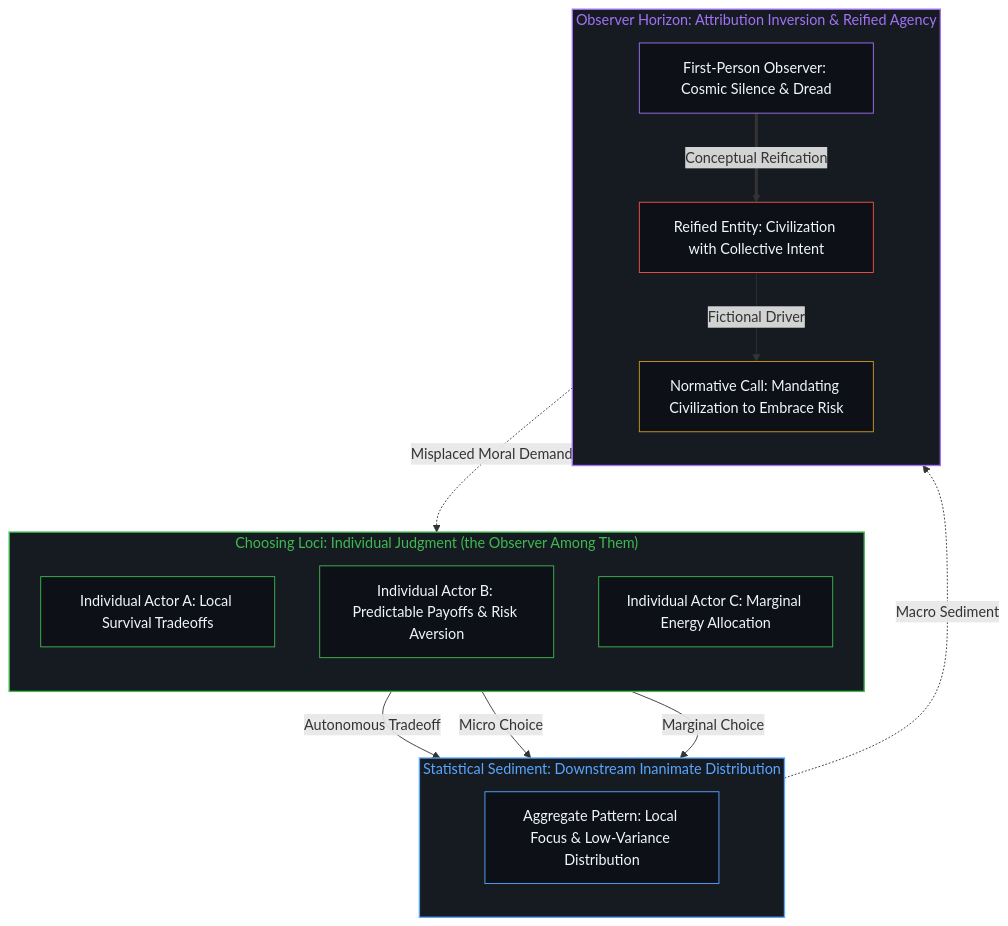
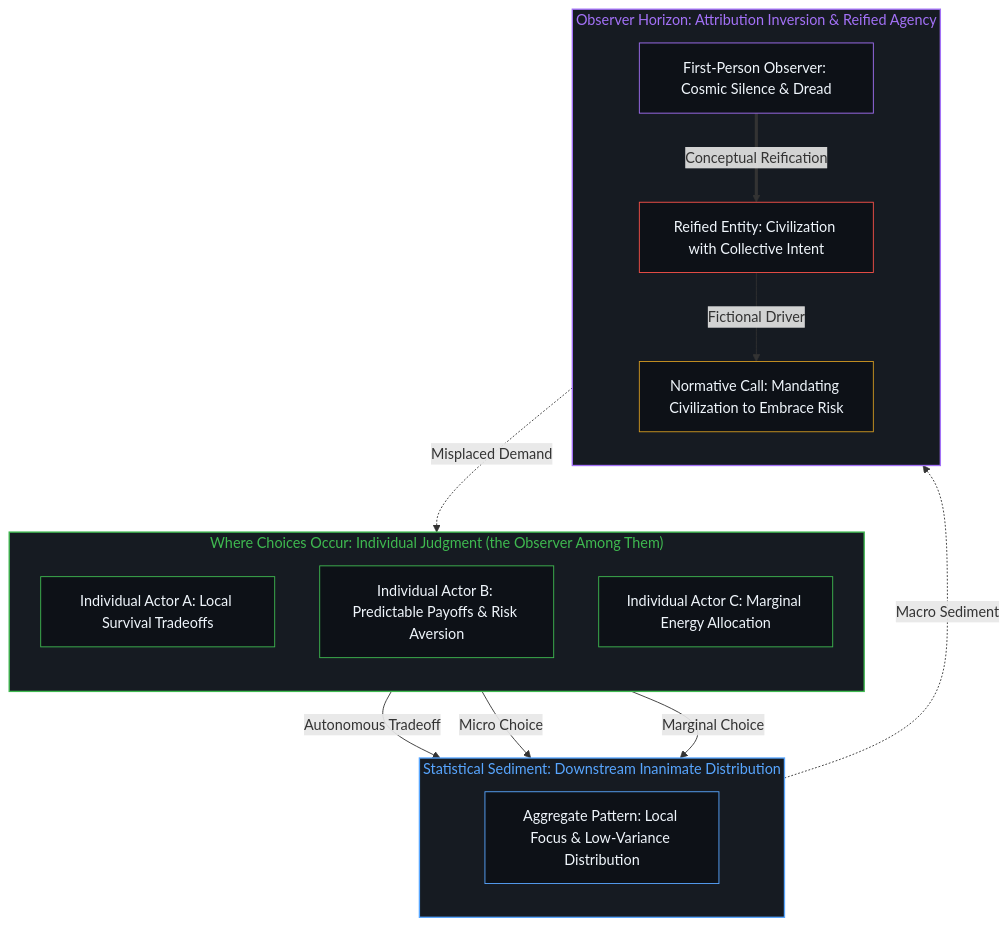
Before and after one commit to powerpig99/not-a-toe: the second of 6 diagrams in content/posts/the-fermi-paradox-reified-agency-and-the-great-filter.md, drawn with Mermaid. The commit also changed other lines of this file and 2 other files, not shown here.

````diff
--- a/content/posts/the-fermi-paradox-reified-agency-and-the-great-filter.md
+++ b/content/posts/the-fermi-paradox-reified-agency-and-the-great-filter.md
@@ -66,42 +60,36 @@
 ```mermaid
 flowchart TD
-    subgraph S_Micro ["Choosing Loci: Individual Judgment (the Observer Among Them)"]
+    subgraph S_Micro ["Where Choices Occur: Individual Judgment (the Observer Among Them)"]
         direction TB
         I1["Individual Actor A: Local Survival Tradeoffs"]
         I2["Individual Actor B: Predictable Payoffs & Risk Aversion"]
         I3["Individual Actor C: Marginal Energy Allocation"]
     end
-
     subgraph S_Macro ["Statistical Sediment: Downstream Inanimate Distribution"]
         direction TB
         AD["Aggregate Pattern: Local Focus & Low-Variance Distribution"]
     end
-
     subgraph S_Observer ["Observer Horizon: Attribution Inversion & Reified Agency"]
         direction TB
         OBS["First-Person Observer: Cosmic Silence & Dread"]
         GHOST["Reified Entity: Civilization with Collective Intent"]
         REQ["Normative Call: Mandating Civilization to Embrace Risk"]
     end
-
     I1 -->|"Autonomous Tradeoff"| AD
     I2 -->|"Micro Choice"| AD
     I3 -->|"Marginal Choice"| AD
-
     AD -.->|"Macro Sediment"| OBS
     OBS ==>|"Conceptual Reification"| GHOST
     GHOST -->|"Fictional Driver"| REQ
-    REQ -.->|"Misplaced Moral Demand"| S_Micro
-
+    REQ -.->|"Misplaced Demand"| S_Micro
     style S_Micro fill:#161b22,stroke:#3fb950,stroke-width:1.5px,color:#3fb950
     style S_Macro fill:#161b22,stroke:#58a6ff,stroke-width:1.5px,color:#58a6ff
     style S_Observer fill:#161b22,stroke:#a371f7,stroke-width:1.5px,color:#a371f7
-
     style I1 fill:#0d1117,stroke:#3fb950,stroke-width:1px,color:#f0f6fc
     style I2 fill:#0d1117,stroke:#3fb950,stroke-width:1px,color:#f0f6fc
     style I3 fill:#0d1117,stroke:#3fb950,stroke-width:1px,color:#f0f6fc
     style AD fill:#0d1117,stroke:#58a6ff,stroke-width:1px,color:#f0f6fc
     style OBS fill:#0d1117,stroke:#a371f7,stroke-width:1px,color:#f0f6fc
     style GHOST fill:#0d1117,stroke:#f85149,stroke-width:1px,color:#f0f6fc
     style REQ fill:#0d1117,stroke:#d29922,stroke-width:1px,color:#f0f6fc
 ```
````
